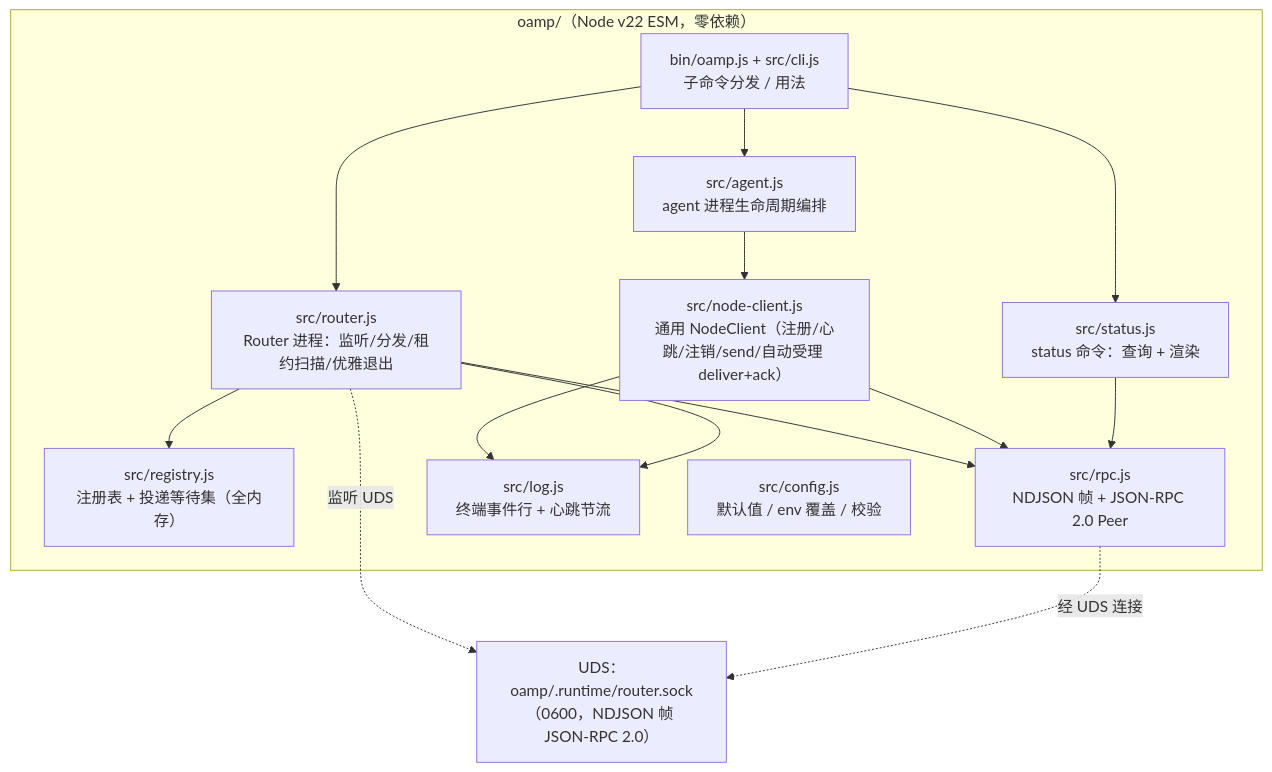
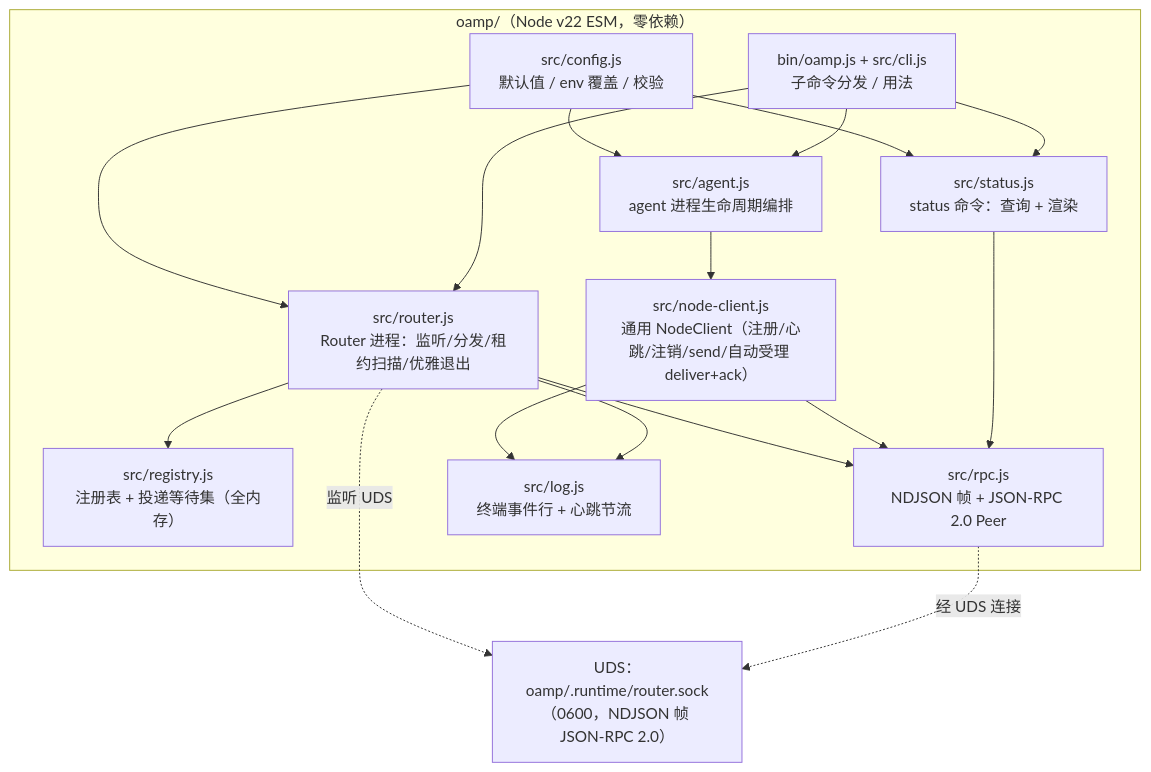
Before and after one commit to chenchiyuan/agents: the first of 5 diagrams in docs/iterations/0010-oamp-minimal-cli/architecture.md, drawn with Mermaid. The commit also changed other lines of this file and 2 other files, not shown here.

Commit message:
docs(0010): Gate 4→5 独立验证 PASS + S5 证据修正（architecture 补 config 边 / pr-002 补 F07 注记）

````diff
--- a/docs/iterations/0010-oamp-minimal-cli/architecture.md
+++ b/docs/iterations/0010-oamp-minimal-cli/architecture.md
@@ -44,29 +44,32 @@
 ```mermaid
 flowchart TB
     subgraph OAMP["oamp/（Node v22 ESM，零依赖）"]
         CLI["bin/oamp.js + src/cli.js<br/>子命令分发 / 用法"]
         R["src/router.js<br/>Router 进程：监听/分发/租约扫描/优雅退出"]
         REG["src/registry.js<br/>注册表 + 投递等待集（全内存）"]
         A["src/agent.js<br/>agent 进程生命周期编排"]
         NC["src/node-client.js<br/>通用 NodeClient（注册/心跳/注销/send/自动受理 deliver+ack）"]
         RP["src/rpc.js<br/>NDJSON 帧 + JSON-RPC 2.0 Peer"]
         LOG["src/log.js<br/>终端事件行 + 心跳节流"]
         CFG["src/config.js<br/>默认值 / env 覆盖 / 校验"]
         ST["src/status.js<br/>status 命令：查询 + 渲染"]
     end
 
     CLI --> R
     CLI --> A
     CLI --> ST
+    CFG --> R
+    CFG --> A
+    CFG --> ST
     A --> NC
     ST --> RP
     NC --> RP
     R --> REG
     R --> RP
     R --> LOG
     NC --> LOG
 
     UDS["UDS：oamp/.runtime/router.sock<br/>（0600，NDJSON 帧 JSON-RPC 2.0）"]
     RP -.经 UDS 连接.-> UDS
     R -.监听 UDS.-> UDS
 ```
````
